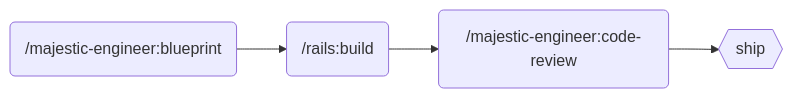
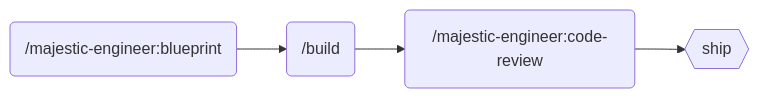
The diagram in plugins/majestic-rails/README.md (majesticlabs-dev/majestic-marketplace), drawn with Mermaid before and after one commit. The commit also changed other lines of this file and 43 other files, not shown here.

````diff
--- a/plugins/majestic-rails/README.md
+++ b/plugins/majestic-rails/README.md
@@ -30,6 +30,6 @@
 ```mermaid
 graph LR
-    A(/majestic-engineer:blueprint) --> B(/rails:build)
+    A(/majestic-engineer:blueprint) --> B(/build)
     B --> C(/majestic-engineer:code-review)
     C --> D{{ship}}
 ```
````
